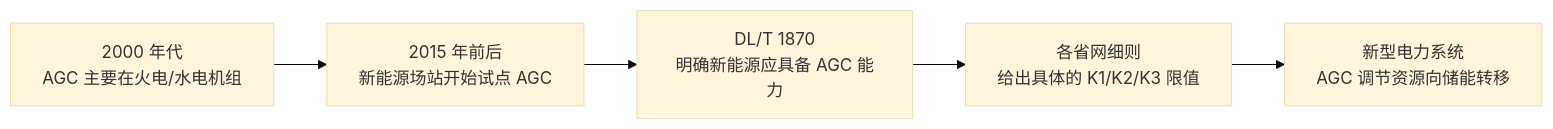
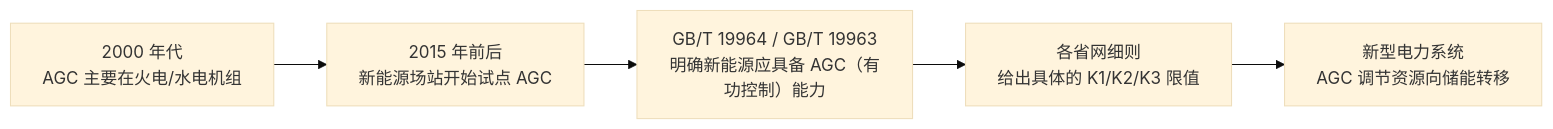
The fifth of 5 diagrams in public/collections/ems-agc-regulation/01_ACE与AGC控制模式.md (ontitaner/ontitaner.github.io), drawn with Mermaid (base theme) before and after one commit. The commit also changed other lines of this file and 131 other files, not shown here.

````diff
--- a/public/collections/ems-agc-regulation/01_ACE与AGC控制模式.md
+++ b/public/collections/ems-agc-regulation/01_ACE与AGC控制模式.md
@@ -179,7 +327,7 @@
 ```mermaid
 flowchart LR
     A["2000 年代<br/>AGC 主要在火电/水电机组"] --> B["2015 年前后<br/>新能源场站开始试点 AGC"]
-    B --> C["DL/T 1870<br/>明确新能源应具备 AGC 能力"]
+    B --> C["GB/T 19964 / GB/T 19963<br/>明确新能源应具备 AGC（有功控制）能力"]
     C --> D["各省网细则<br/>给出具体的 K1/K2/K3 限值"]
     D --> E["新型电力系统<br/>AGC 调节资源向储能转移"]
 ```
````
